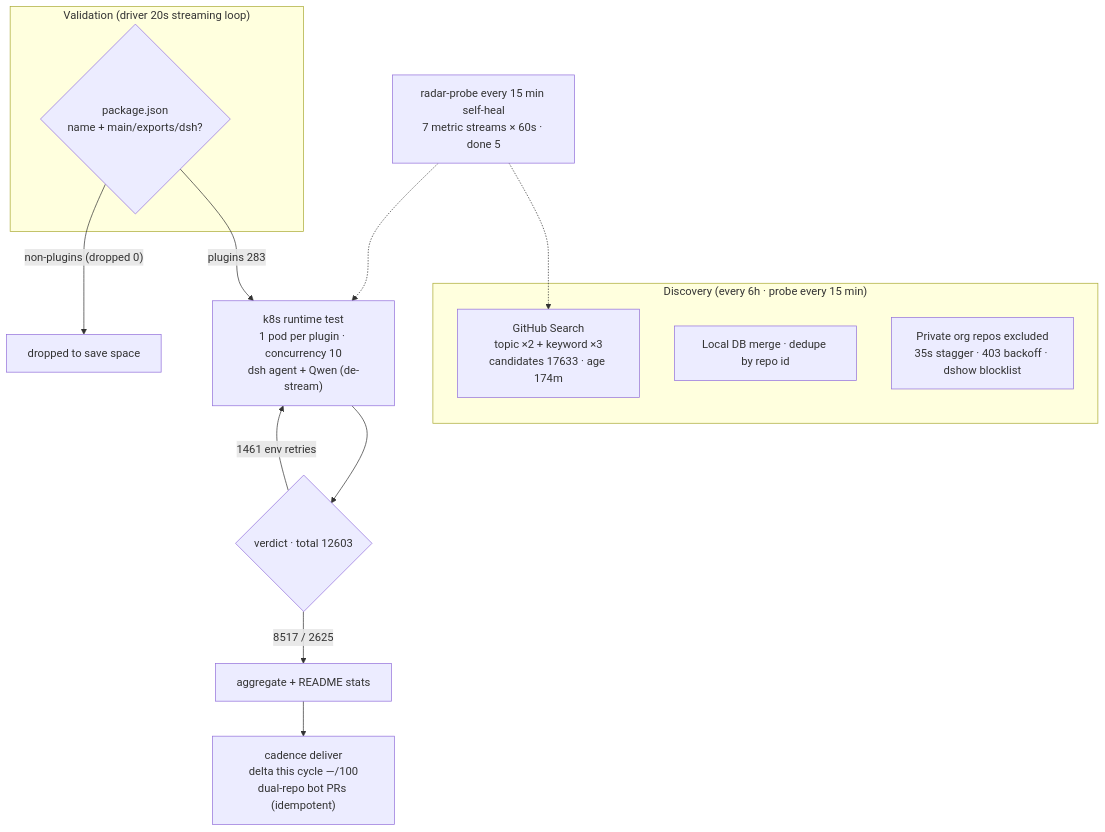
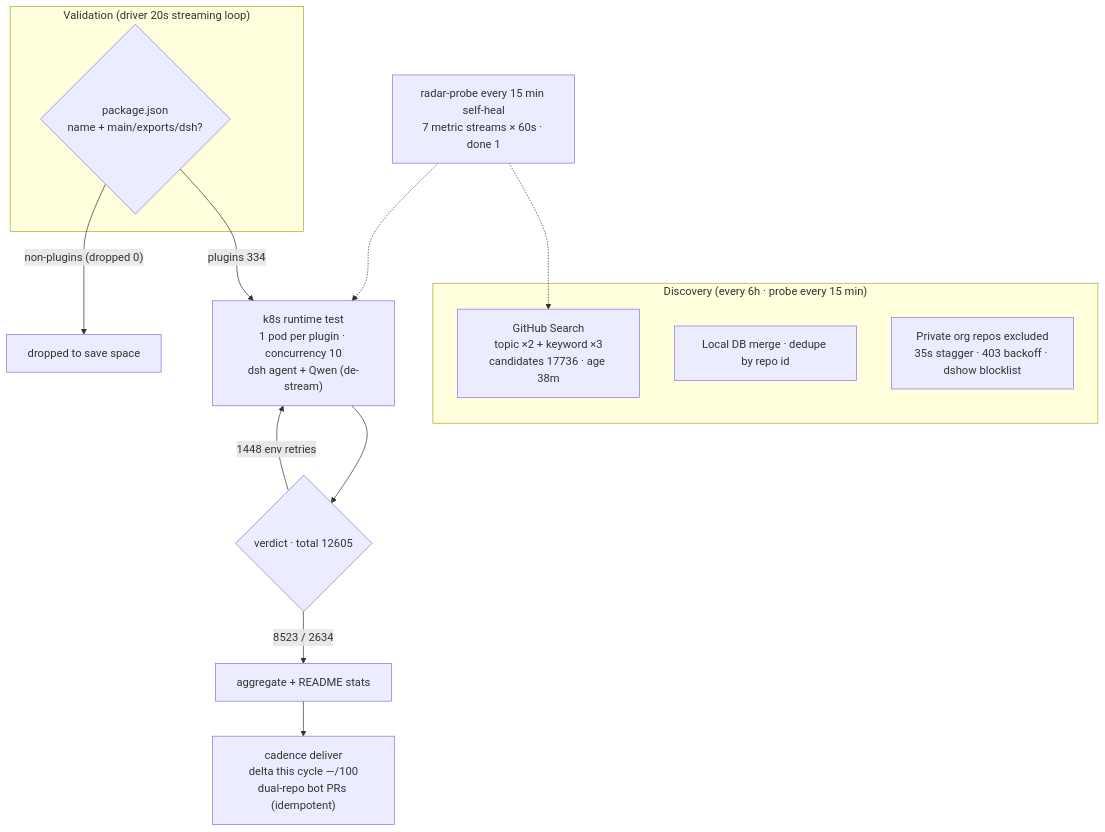
One commit to Zhidao-Lab-OSS/awesome-dsh-plugins changed the diagram in README.en-US.md. Above: the diagram before and after it, drawn with Mermaid. The commit also changed other lines of this file and 1 other file, not shown here.

````diff
--- a/README.en-US.md
+++ b/README.en-US.md
@@ -45,20 +45,20 @@
 ```mermaid
 flowchart TB
     subgraph Discovery["Discovery (every 6h · probe every 15 min)"]
-        A1["GitHub Search<br/>topic ×2 + keyword ×3<br/>candidates 17633 · age 174m"]
+        A1["GitHub Search<br/>topic ×2 + keyword ×3<br/>candidates 17736 · age 38m"]
         A2["Local DB merge · dedupe by repo id"]
         A3["Private org repos excluded<br/>35s stagger · 403 backoff · dshow blocklist"]
     end
     subgraph Validation["Validation (driver 20s streaming loop)"]
         B1{"package.json<br/>name + main/exports/dsh?"}
     end
-    B1 -->|"plugins 283"| C1["k8s runtime test<br/>1 pod per plugin · concurrency 10<br/>dsh agent + Qwen (de-stream)"]
+    B1 -->|"plugins 334"| C1["k8s runtime test<br/>1 pod per plugin · concurrency 10<br/>dsh agent + Qwen (de-stream)"]
     B1 -->|"non-plugins (dropped 0)"| B3["dropped to save space"]
-    C1 --> D1{"verdict · total 12603"}
-    D1 -->|"8517 / 2625"| E1["aggregate + README stats"]
-    D1 -->|"1461 env retries"| C1
+    C1 --> D1{"verdict · total 12605"}
+    D1 -->|"8523 / 2634"| E1["aggregate + README stats"]
+    D1 -->|"1448 env retries"| C1
     E1 --> E2["cadence deliver<br/>delta this cycle —/100<br/>dual-repo bot PRs (idempotent)"]
-    M["radar-probe every 15 min self-heal<br/>7 metric streams × 60s · done 5"]
+    M["radar-probe every 15 min self-heal<br/>7 metric streams × 60s · done 1"]
     M -.-> A1
     M -.-> C1
 ```
````
